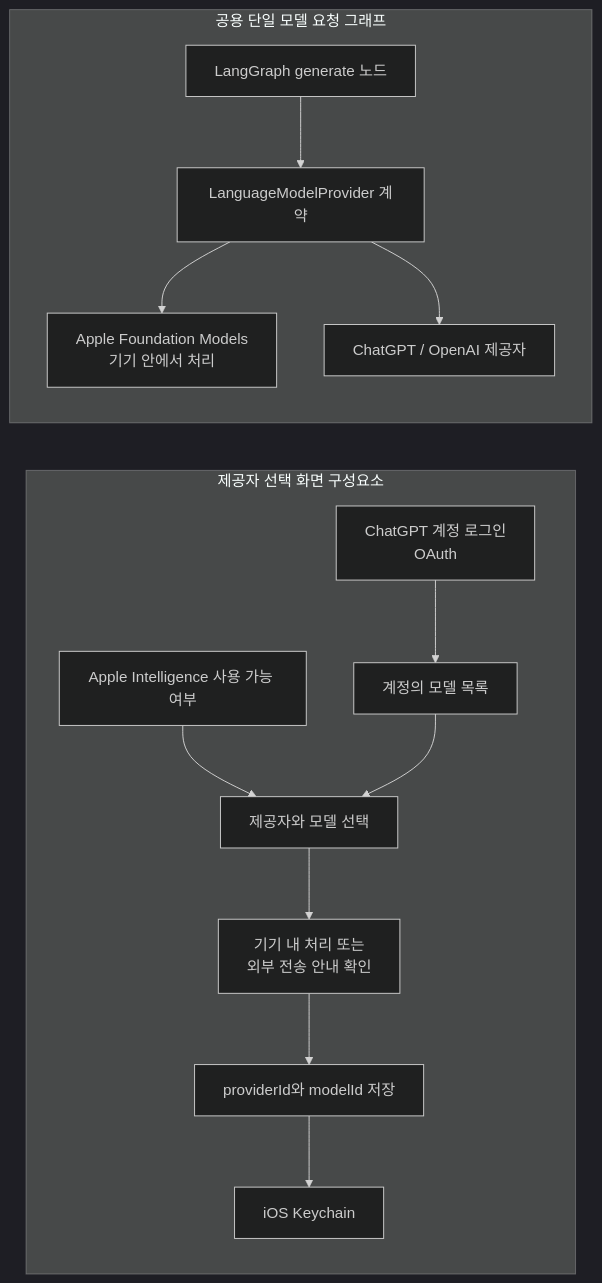
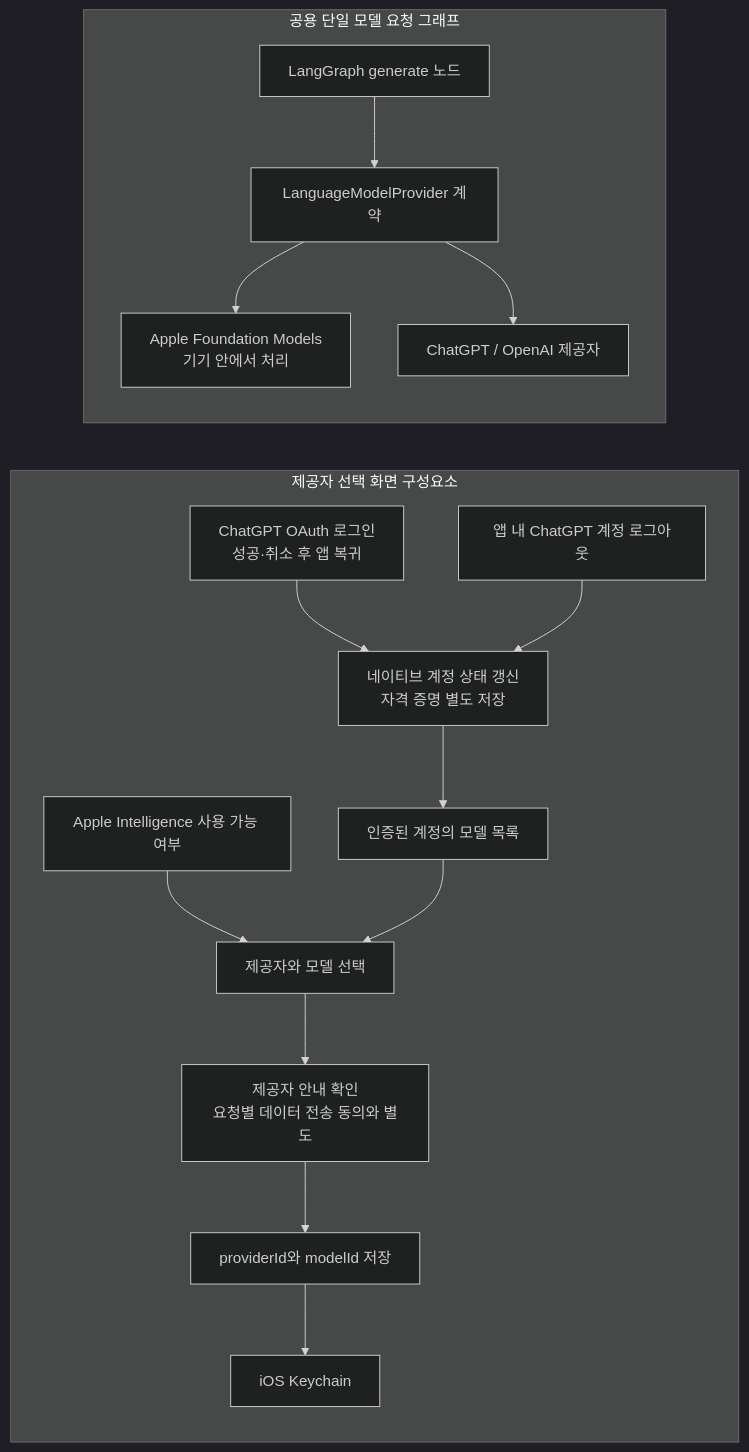
Before and after one commit to eunsoogi/orot: the fourth of 6 diagrams in README.md, drawn with Mermaid (dark theme). The commit also changed other lines of this file, not shown here.

````diff
--- a/README.md
+++ b/README.md
@@ -106,25 +152,28 @@
 ```mermaid
 flowchart LR
   subgraph selection["제공자 선택 화면 구성요소"]
     appleOption["Apple Intelligence 사용 가능 여부"]
-    account["ChatGPT 계정 로그인<br/>OAuth"]
-    catalog["계정의 모델 목록"]
+    account["ChatGPT OAuth 로그인<br/>성공·취소 후 앱 복귀"]
+    signOut["앱 내 ChatGPT 계정 로그아웃"]
+    accountState["네이티브 계정 상태 갱신<br/>자격 증명 별도 저장"]
+    catalog["인증된 계정의 모델 목록"]
     choose["제공자와 모델 선택"]
-    confirm["기기 내 처리 또는<br/>외부 전송 안내 확인"]
+    confirm["제공자 안내 확인<br/>요청별 데이터 전송 동의와 별도"]
     identifiers["providerId와 modelId 저장"]
     keychain["iOS Keychain"]
     appleOption --> choose
-    account --> catalog --> choose
+    account --> accountState --> catalog --> choose
+    signOut --> accountState
     choose --> confirm --> identifiers --> keychain
   end
 
   subgraph execution["공용 단일 모델 요청 그래프"]
     providerGraph["LangGraph generate 노드"]
     contract["LanguageModelProvider 계약"]
     apple["Apple Foundation Models<br/>기기 안에서 처리"]
     openai["ChatGPT / OpenAI 제공자"]
     providerGraph --> contract
     contract --> apple
     contract --> openai
   end
 ```
````
